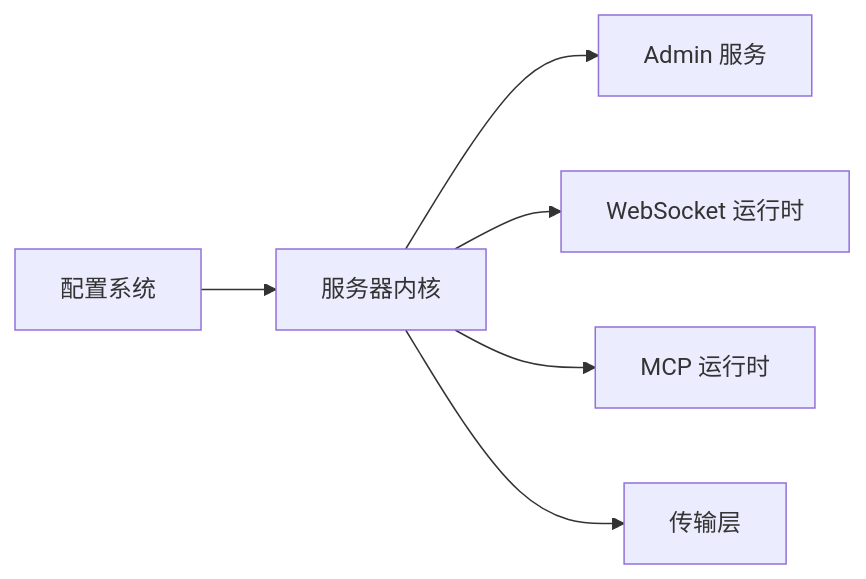
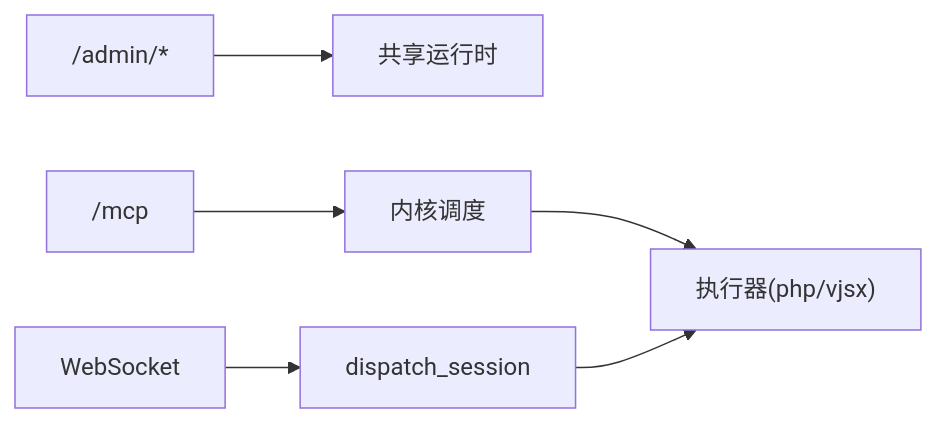
One commit to guweigang/vhttpd changed the third of 3 diagrams in .qoder/repowiki/zh/content/API 参考/API 参考.md. Above: the diagram before and after it, drawn with Mermaid. The commit also changed other lines of this file and 697 other files, not shown here.

````diff
--- a/.qoder/repowiki/zh/content/API 参考/API 参考.md
+++ b/.qoder/repowiki/zh/content/API 参考/API 参考.md
@@ -334,8 +224,8 @@
 ```mermaid
 graph LR
-CFG["配置系统"] --> SRV["服务器内核"]
-SRV --> ADMIN["Admin 服务"]
-SRV --> WS["WebSocket 运行时"]
-SRV --> MCP["MCP 运行时"]
-SRV --> TP["传输层"]
+Admin["/admin/*"] --> Shared["共享运行时"]
+Mcp["/mcp"] --> Kernel["内核调度"]
+Kernel --> Exec["执行器(php/vjsx)"]
+Ws["WebSocket"] --> Dispatch["dispatch_session"]
+Dispatch --> Exec
 ```
````
